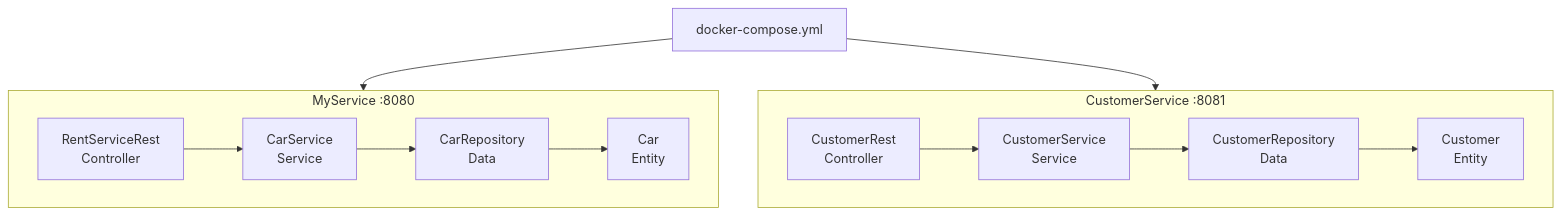
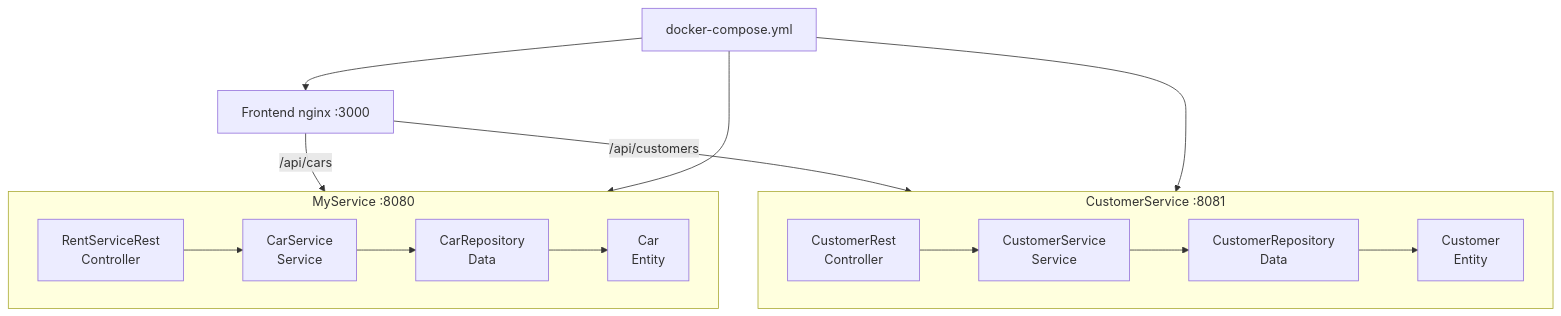
Before and after one commit to GeratorWu/rent-main: the diagram in TESTING.md, drawn with Mermaid. The commit also changed other lines of this file and 8 other files, not shown here.

Commit message:
Add frontend service to Docker Compose and update documentation

````diff
--- a/TESTING.md
+++ b/TESTING.md
@@ -7,21 +7,25 @@
 ```mermaid
 flowchart TB
     subgraph MyService["MyService :8080"]
         MC[RentServiceRest<br/>Controller]
         MS[CarService<br/>Service]
         MD[CarRepository<br/>Data]
         ME[Car<br/>Entity]
         MC --> MS --> MD --> ME
     end
 
     subgraph CustomerService["CustomerService :8081"]
         CC[CustomerRest<br/>Controller]
         CS[CustomerService<br/>Service]
         CD[CustomerRepository<br/>Data]
         CE[Customer<br/>Entity]
         CC --> CS --> CD --> CE
     end
 
+    FE[Frontend nginx :3000]
+    FE -->|/api/cars| MyService
+    FE -->|/api/customers| CustomerService
     DC[docker-compose.yml] --> MyService
     DC --> CustomerService
+    DC --> FE
 ```
````
